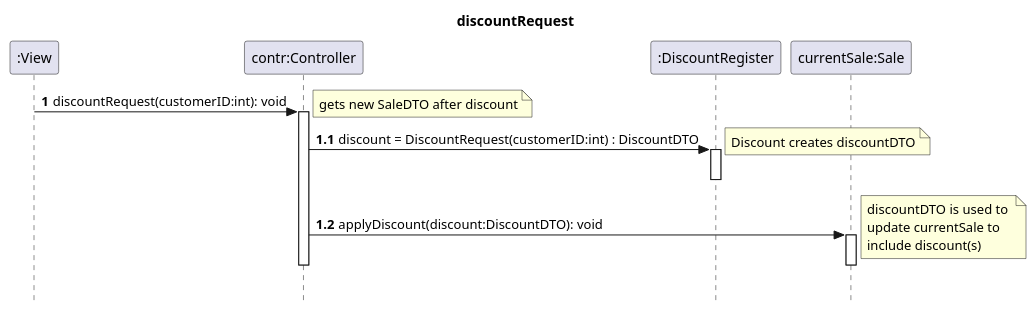
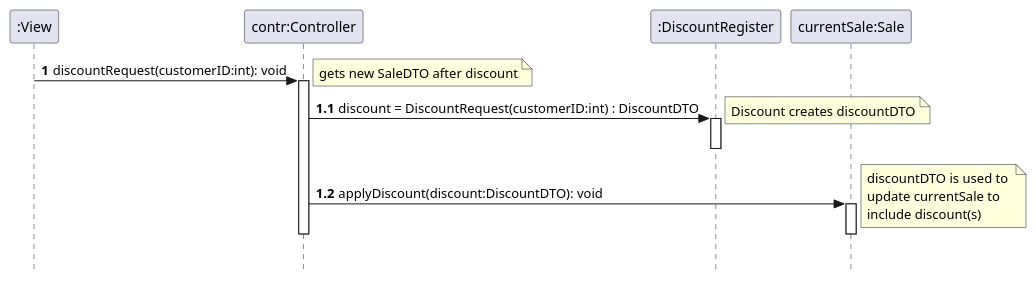
Before and after one commit to blomquiste/kth-iv1350-POS: the seventh of 8 diagrams in uml/uml_v3.puml, drawn with PlantUML. The commit also changed other lines of this file and 7 other files, not shown here.

```diff
--- a/uml/uml_v3.puml
+++ b/uml/uml_v3.puml
@@ -495,29 +495,29 @@
 @startuml
 skinparam style strictuml
-title discountRequest
+'title discountRequest
 
 participant ":View" as View
 participant "contr:Controller" as contr
 participant ":DiscountRegister" as DiscountRegister
 participant "currentSale:Sale" as currentSale
 
 autonumber 1
 View -> contr : discountRequest(customerID:int): void
 activate contr
 note right : gets new SaleDTO after discount
 autonumber 1.1
 'create DiscountRegister
 contr -> DiscountRegister : discount = DiscountRequest(customerID:int) : DiscountDTO
 activate DiscountRegister
 deactivate DiscountRegister
 note right: Discount creates discountDTO
 autonumber 1.2
 contr -> currentSale : applyDiscount(discount:DiscountDTO): void
 activate currentSale
 deactivate currentSale
 note right: discountDTO is used to \nupdate currentSale to \ninclude discount(s)
 
 deactivate contr
 
 autonumber stop
 @enduml
```
